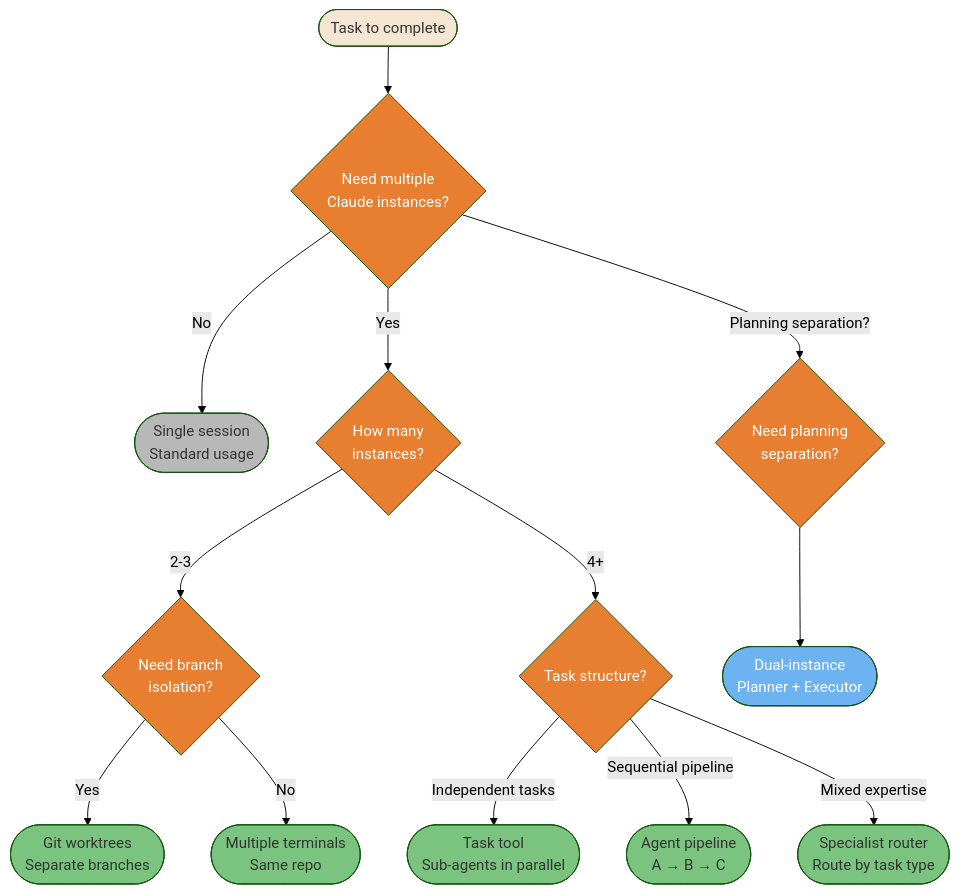
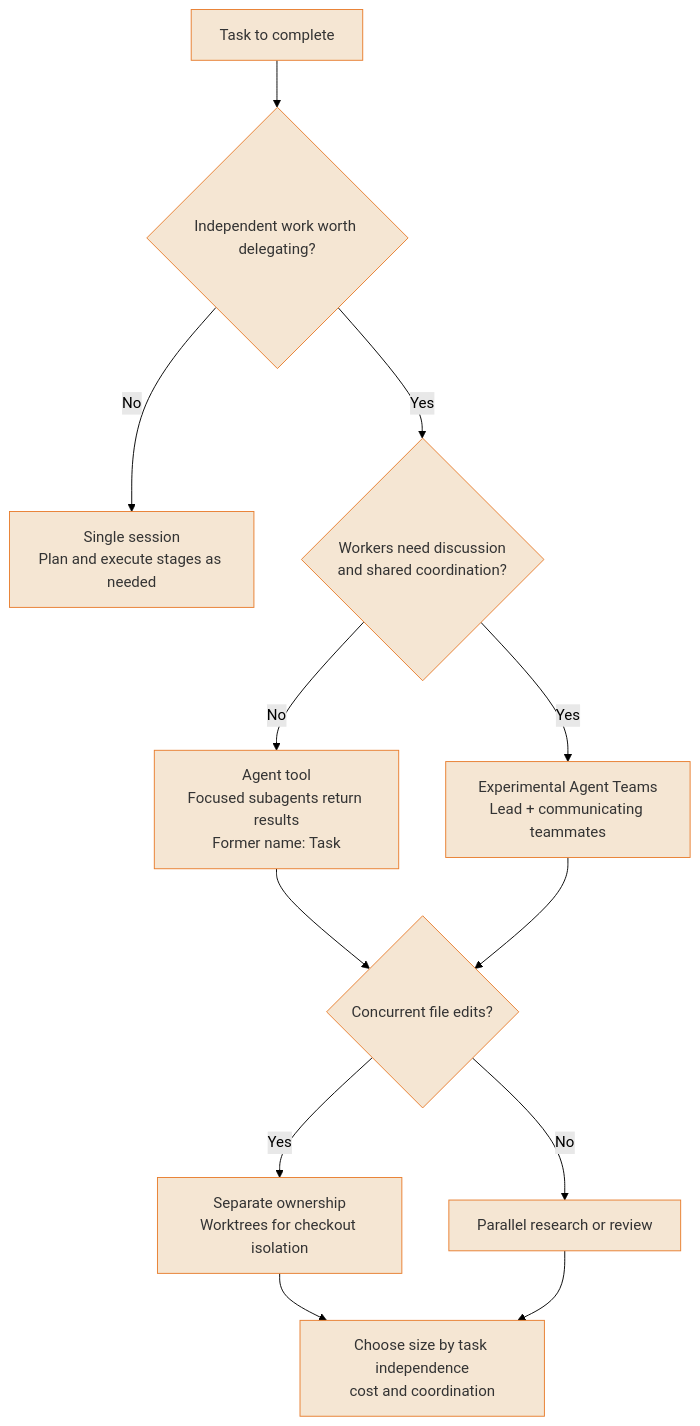
The fifth of 6 diagrams in guide/diagrams/07-multi-agent-patterns.md (FlorianBruniaux/claude-code-ultimate-guide), drawn with Mermaid (forest theme) before and after one commit. The commit also changed other lines of this file and 17 other files, not shown here.

Commit message:
docs: refresh all diagrams and correct their source guidance

````diff
--- a/guide/diagrams/07-multi-agent-patterns.md
+++ b/guide/diagrams/07-multi-agent-patterns.md
@@ -277,46 +221,25 @@
 ```mermaid
 flowchart TD
-    A([Task to complete]) --> B{Need multiple<br/>Claude instances?}
-    B -->|No| C([Single session<br/>Standard usage])
-    B -->|Yes| D{How many<br/>instances?}
-    B -->|"Planning separation?"| B2{Need planning<br/>separation?}
-
-    D -->|2-3| E{Need branch<br/>isolation?}
-    E -->|Yes| F([Git worktrees<br/>Separate branches])
-    E -->|No| G([Multiple terminals<br/>Same repo])
-
-    D -->|4+| H{Task structure?}
-    H -->|Independent tasks| I([Task tool<br/>Sub-agents in parallel])
-    H -->|Sequential pipeline| J([Agent pipeline<br/>A → B → C])
-    H -->|Mixed expertise| K([Specialist router<br/>Route by task type])
-
-    B2 --> L([Dual-instance<br/>Planner + Executor])
-
-    style A fill:#F5E6D3,color:#333
-    style B fill:#E87E2F,color:#fff
-    style D fill:#E87E2F,color:#fff
-    style E fill:#E87E2F,color:#fff
-    style H fill:#E87E2F,color:#fff
-    style B2 fill:#E87E2F,color:#fff
-    style C fill:#B8B8B8,color:#333
-    style F fill:#7BC47F,color:#333
-    style G fill:#7BC47F,color:#333
-    style I fill:#7BC47F,color:#333
-    style J fill:#7BC47F,color:#333
-    style K fill:#7BC47F,color:#333
-    style L fill:#6DB3F2,color:#fff
-
-    click A href "https://github.com/FlorianBruniaux/claude-code-ultimate-guide/blob/main/guide/ultimate-guide.md#917-scaling-patterns-multi-instance-workflows" "Task to complete"
-    click B href "https://github.com/FlorianBruniaux/claude-code-ultimate-guide/blob/main/guide/ultimate-guide.md#917-scaling-patterns-multi-instance-workflows" "Need multiple instances?"
-    click C href "https://github.com/FlorianBruniaux/claude-code-ultimate-guide/blob/main/guide/ultimate-guide.md#917-scaling-patterns-multi-instance-workflows" "Single session"
-    click D href "https://github.com/FlorianBruniaux/claude-code-ultimate-guide/blob/main/guide/ultimate-guide.md#917-scaling-patterns-multi-instance-workflows" "How many instances?"
-    click E href "https://github.com/FlorianBruniaux/claude-code-ultimate-guide/blob/main/guide/ultimate-guide.md#912-git-best-practices--workflows" "Need branch isolation?"
-    click F href "https://github.com/FlorianBruniaux/claude-code-ultimate-guide/blob/main/guide/ultimate-guide.md#912-git-best-practices--workflows" "Git worktrees"
-    click G href "https://github.com/FlorianBruniaux/claude-code-ultimate-guide/blob/main/guide/ultimate-guide.md#917-scaling-patterns-multi-instance-workflows" "Multiple terminals"
-    click H href "https://github.com/FlorianBruniaux/claude-code-ultimate-guide/blob/main/guide/ultimate-guide.md#917-scaling-patterns-multi-instance-workflows" "Task structure?"
-    click I href "https://github.com/FlorianBruniaux/claude-code-ultimate-guide/blob/main/guide/workflows/agent-teams.md" "Task tool sub-agents"
-    click J href "https://github.com/FlorianBruniaux/claude-code-ultimate-guide/blob/main/guide/workflows/agent-teams.md" "Agent pipeline"
-    click K href "https://github.com/FlorianBruniaux/claude-code-ultimate-guide/blob/main/guide/workflows/agent-teams.md" "Specialist router"
-    click B2 href "https://github.com/FlorianBruniaux/claude-code-ultimate-guide/blob/main/guide/workflows/dual-instance-planning.md" "Need planning separation?"
-    click L href "https://github.com/FlorianBruniaux/claude-code-ultimate-guide/blob/main/guide/workflows/dual-instance-planning.md" "Dual-instance: Planner + Executor"
+    TASK["Task to complete"] --> INDEP{"Independent work worth delegating?"}
+    INDEP -->|No| SINGLE["Single session<br/>Plan and execute stages as needed"]
+    INDEP -->|Yes| COMM{"Workers need discussion<br/>and shared coordination?"}
+    COMM -->|No| SUB["Agent tool<br/>Focused subagents return results<br/>Former name: Task"]
+    COMM -->|Yes| TEAM["Experimental Agent Teams<br/>Lead + communicating teammates"]
+    SUB --> EDIT{"Concurrent file edits?"}
+    TEAM --> EDIT
+    EDIT -->|Yes| WT["Separate ownership<br/>Worktrees for checkout isolation"]
+    EDIT -->|No| READ["Parallel research or review"]
+    WT --> SIZE["Choose size by task independence<br/>cost and coordination"]
+    READ --> SIZE
+    classDef default fill:#F5E6D3,color:#333,stroke:#E87E2F
+    click TASK href "https://github.com/FlorianBruniaux/claude-code-ultimate-guide/blob/main/guide/ultimate-guide.md#917-scaling-patterns-multi-instance-workflows" "View this pattern in the guide"
+    click INDEP href "https://github.com/FlorianBruniaux/claude-code-ultimate-guide/blob/main/guide/ultimate-guide.md#917-scaling-patterns-multi-instance-workflows" "View this pattern in the guide"
+    click SINGLE href "https://github.com/FlorianBruniaux/claude-code-ultimate-guide/blob/main/guide/ultimate-guide.md#917-scaling-patterns-multi-instance-workflows" "View this pattern in the guide"
+    click COMM href "https://github.com/FlorianBruniaux/claude-code-ultimate-guide/blob/main/guide/ultimate-guide.md#917-scaling-patterns-multi-instance-workflows" "View this pattern in the guide"
+    click SUB href "https://github.com/FlorianBruniaux/claude-code-ultimate-guide/blob/main/guide/ultimate-guide.md#917-scaling-patterns-multi-instance-workflows" "View this pattern in the guide"
+    click TEAM href "https://github.com/FlorianBruniaux/claude-code-ultimate-guide/blob/main/guide/ultimate-guide.md#917-scaling-patterns-multi-instance-workflows" "View this pattern in the guide"
+    click EDIT href "https://github.com/FlorianBruniaux/claude-code-ultimate-guide/blob/main/guide/ultimate-guide.md#917-scaling-patterns-multi-instance-workflows" "View this pattern in the guide"
+    click WT href "https://github.com/FlorianBruniaux/claude-code-ultimate-guide/blob/main/guide/ultimate-guide.md#917-scaling-patterns-multi-instance-workflows" "View this pattern in the guide"
+    click READ href "https://github.com/FlorianBruniaux/claude-code-ultimate-guide/blob/main/guide/ultimate-guide.md#917-scaling-patterns-multi-instance-workflows" "View this pattern in the guide"
+    click SIZE href "https://github.com/FlorianBruniaux/claude-code-ultimate-guide/blob/main/guide/ultimate-guide.md#917-scaling-patterns-multi-instance-workflows" "View this pattern in the guide"
 ```
````
